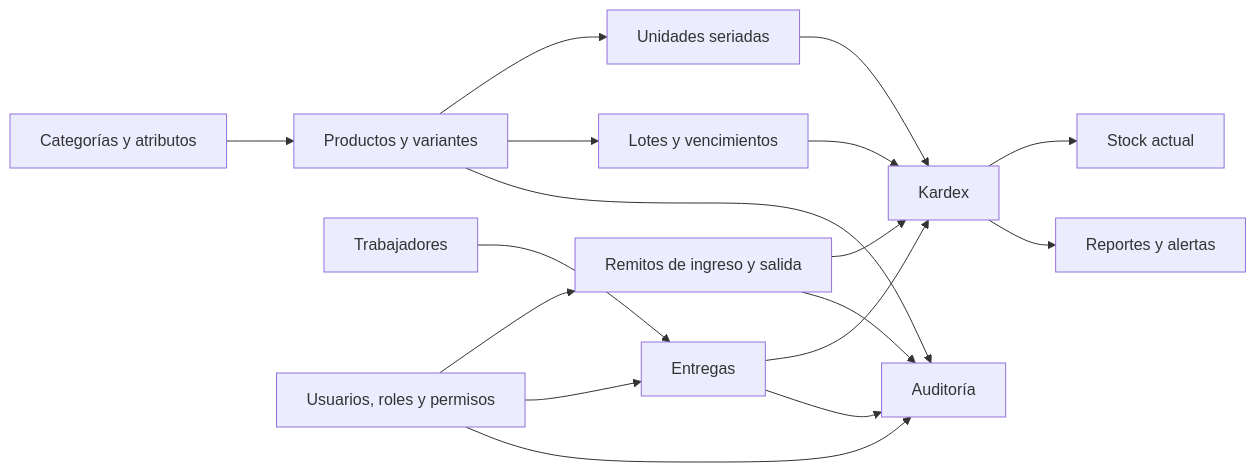
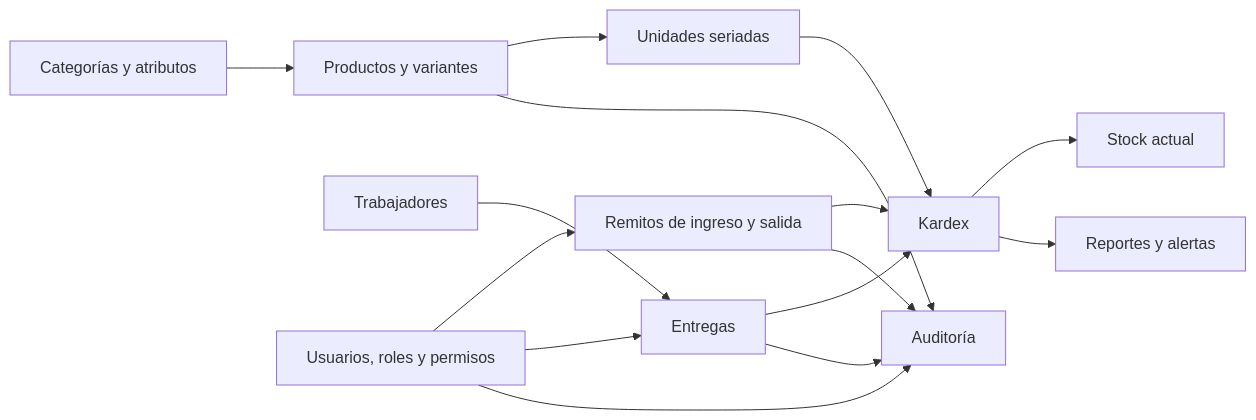
One commit to jcsempertegui/confipetrol2 changed the first of 4 diagrams in docs/diagrama-logico-base-datos.md. Above: the diagram before and after it, drawn with Mermaid. The commit also changed other lines of this file and 55 other files, not shown here.

````diff
--- a/docs/diagrama-logico-base-datos.md
+++ b/docs/diagrama-logico-base-datos.md
@@ -9,23 +9,21 @@
 ```mermaid
 flowchart LR
     CAT[Categorías y atributos] --> PROD[Productos y variantes]
     PROD --> SER[Unidades seriadas]
-    PROD --> LOT[Lotes y vencimientos]
 
     REM[Remitos de ingreso y salida] --> KAR[Kardex]
-    LOT --> KAR
     SER --> KAR
 
     TRA[Trabajadores] --> ENT[Entregas]
     ENT --> KAR
 
     KAR --> STO[Stock actual]
     KAR --> REP[Reportes y alertas]
 
     USU[Usuarios, roles y permisos] --> REM
     USU --> ENT
     USU --> AUD[Auditoría]
     REM --> AUD
     ENT --> AUD
     PROD --> AUD
 ```
````
